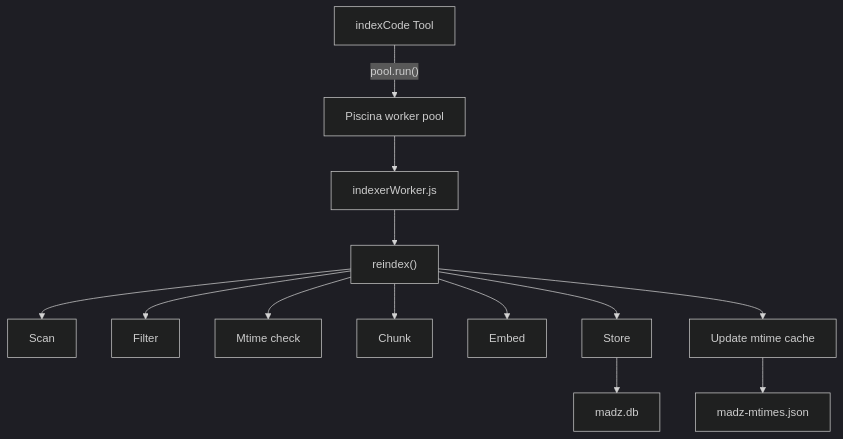
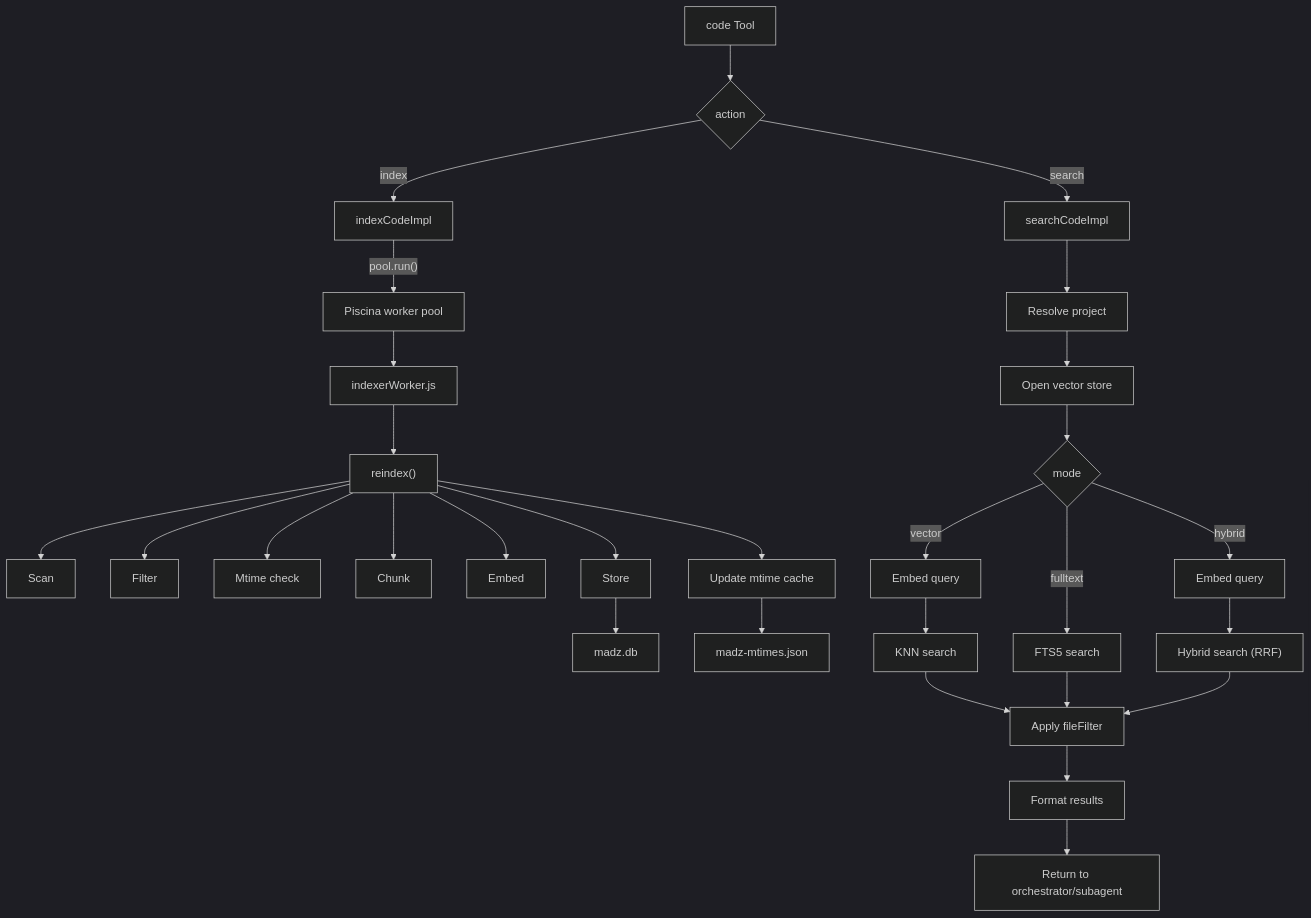
One commit to avoidwork/madz changed the second of 2 diagrams in docs/VECTOR_SEARCH.md. Above: the diagram before and after it, drawn with Mermaid (dark theme). The commit also changed other lines of this file and 12 other files, not shown here.

First line of the commit message:
feat: unify code search and indexing into a single code tool (#1750)

````diff
--- a/docs/VECTOR_SEARCH.md
+++ b/docs/VECTOR_SEARCH.md
@@ -120,15 +120,31 @@
 ```mermaid
 graph TD
-    IDX["indexCode Tool"] -->|"pool.run()"| POOL["Piscina worker pool"]
+    CODE["code Tool"] --> ACT{"action"}
+    ACT -->|"index"| IDX["indexCodeImpl"]
+    IDX -->|"pool.run()"| POOL["Piscina worker pool"]
     POOL --> WK["indexerWorker.js"]
     WK --> RE["reindex()"]
     RE --> SCAN["Scan"]
     RE --> FILT["Filter"]
     RE --> MT["Mtime check"]
     RE --> CHK["Chunk"]
     RE --> EMB["Embed"]
     RE --> STO["Store"]
     RE --> CACHE["Update mtime cache"]
     STO --> DB["madz.db"]
     CACHE --> MTC["madz-mtimes.json"]
+    ACT -->|"search"| SC["searchCodeImpl"]
+    SC --> PROJ["Resolve project"]
+    PROJ --> OPEN["Open vector store"]
+    OPEN --> MODE{"mode"}
+    MODE -->|"vector"| EMB2["Embed query"]
+    EMB2 --> VEC["KNN search"]
+    MODE -->|"fulltext"| FTS["FTS5 search"]
+    MODE -->|"hybrid"| EMB3["Embed query"]
+    EMB3 --> HYB["Hybrid search (RRF)"]
+    VEC --> FILT2["Apply fileFilter"]
+    FTS --> FILT2
+    HYB --> FILT2
+    FILT2 --> FMT["Format results"]
+    FMT --> OUT["Return to orchestrator/subagent"]
 ```
````
